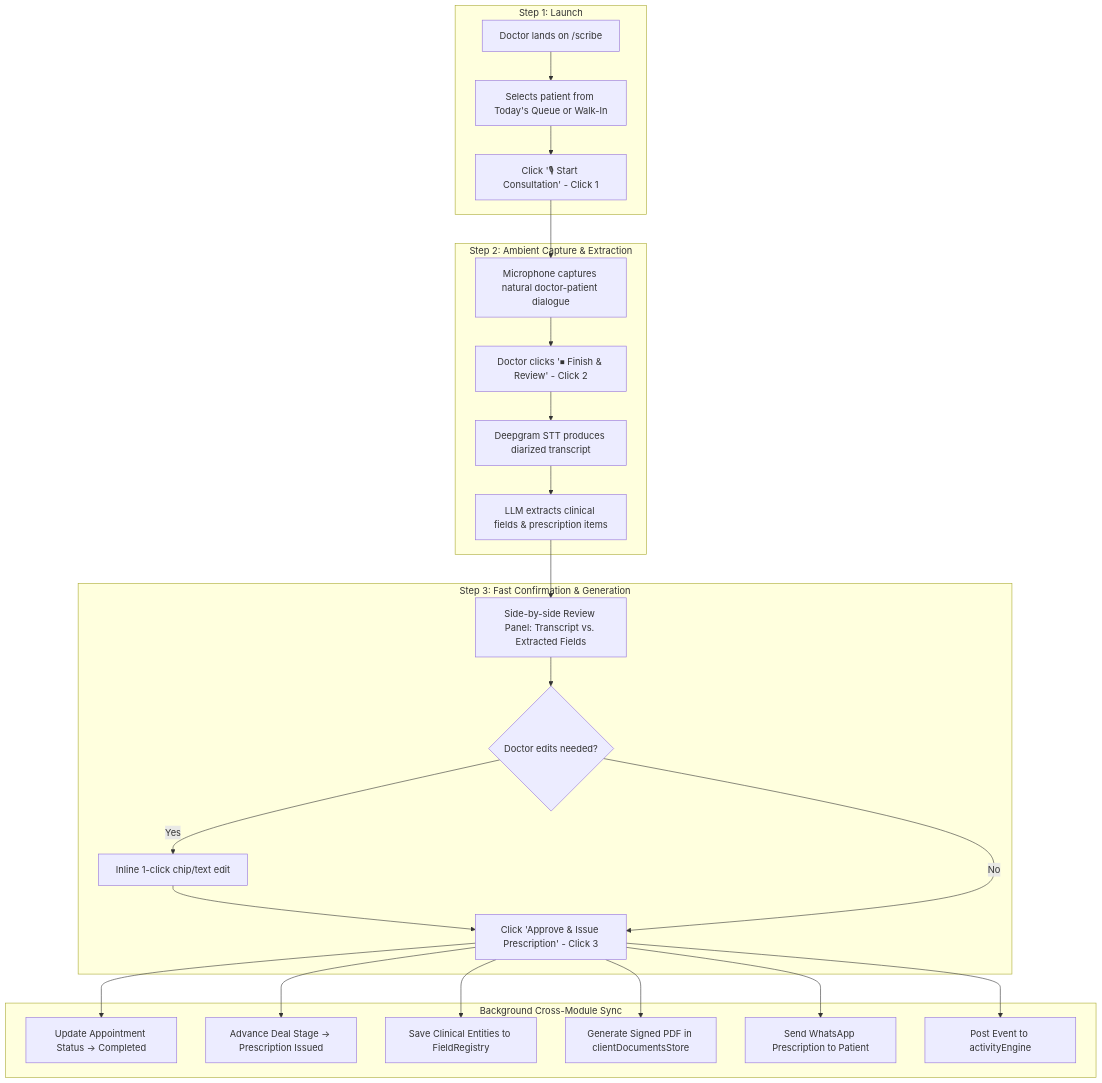
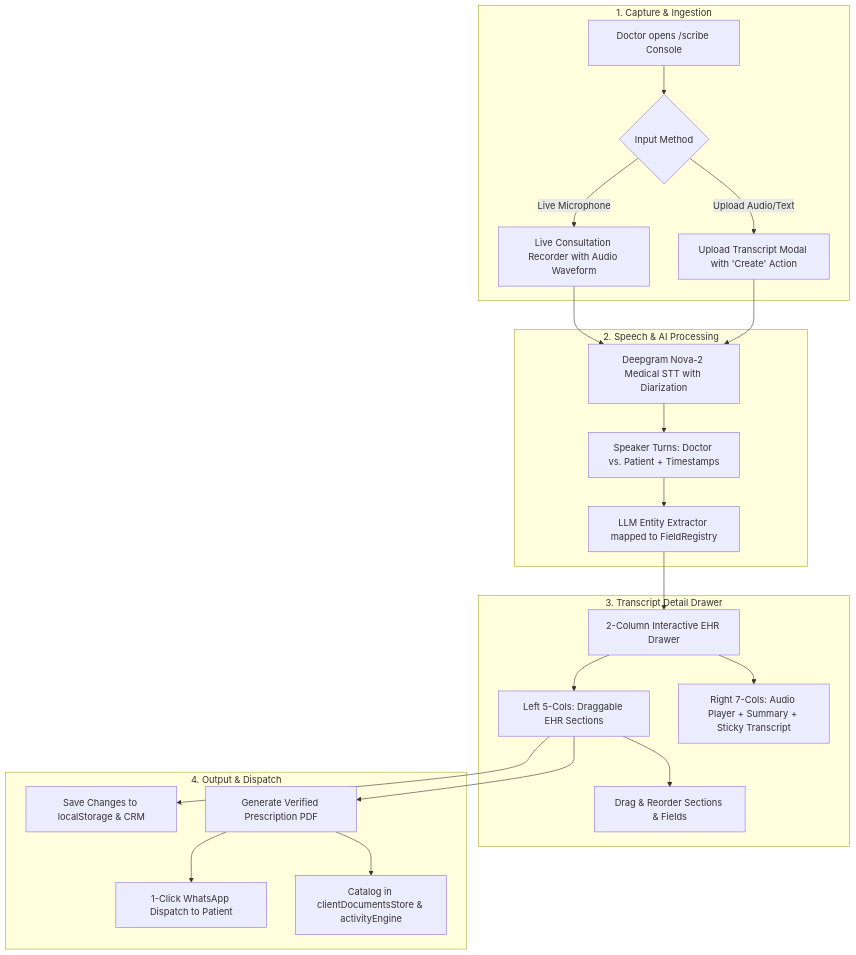
Before and after one commit to mantracare-product/ma-figma: the diagram in ai_scribe_prd.md, drawn with Mermaid. The commit also changed other lines of this file and 19 other files, not shown here.

Commit message:
Updated ai scribe flow

````diff
--- a/ai_scribe_prd.md
+++ b/ai_scribe_prd.md
@@ -117,30 +56,29 @@
 ```mermaid
 flowchart TD
-    subgraph Step 1: Launch
-        A[Doctor lands on /scribe] --> B[Selects patient from Today's Queue or Walk-In]
-        B --> C[Click '🎙 Start Consultation' - Click 1]
+    subgraph 1. Capture & Ingestion
+        A[Doctor opens /scribe Console] --> B{Input Method}
+        B -->|Live Microphone| C[Live Consultation Recorder with Audio Waveform]
+        B -->|Upload Audio/Text| D[Upload Transcript Modal with 'Create' Action]
     end
 
-    subgraph Step 2: Ambient Capture & Extraction
-        C --> D[Microphone captures natural doctor-patient dialogue]
-        D --> E[Doctor clicks '⏹ Finish & Review' - Click 2]
-        E --> F[Deepgram STT produces diarized transcript]
-        F --> G[LLM extracts clinical fields & prescription items]
+    subgraph 2. Speech & AI Processing
+        C --> E[Deepgram Nova-2 Medical STT with Diarization]
+        D --> E
+        E --> F[Speaker Turns: Doctor vs. Patient + Timestamps]
+        F --> G[LLM Entity Extractor mapped to FieldRegistry]
     end
 
-    subgraph Step 3: Fast Confirmation & Generation
-        G --> H[Side-by-side Review Panel: Transcript vs. Extracted Fields]
-        H --> I{Doctor edits needed?}
-        I -- Yes --> J[Inline 1-click chip/text edit] --> K
-        I -- No --> K[Click 'Approve & Issue Prescription' - Click 3]
+    subgraph 3. Transcript Detail Drawer
+        G --> H[2-Column Interactive EHR Drawer]
+        H --> LeftCol[Left 5-Cols: Draggable EHR Sections]
+        H --> RightCol[Right 7-Cols: Audio Player + Summary + Sticky Transcript]
+        LeftCol --> CustomDrag[Drag & Reorder Sections & Fields]
     end
 
-    subgraph Background Cross-Module Sync
-        K --> Sync1[Update Appointment Status -> Completed]
-        K --> Sync2[Advance Deal Stage -> Prescription Issued]
-        K --> Sync3[Save Clinical Entities to FieldRegistry]
-        K --> Sync4[Generate Signed PDF in clientDocumentsStore]
-        K --> Sync5[Send WhatsApp Prescription to Patient]
-        K --> Sync6[Post Event to activityEngine]
+    subgraph 4. Output & Dispatch
+        LeftCol --> I[Save Changes to localStorage & CRM]
+        LeftCol --> J[Generate Verified Prescription PDF]
+        J --> K[1-Click WhatsApp Dispatch to Patient]
+        J --> L[Catalog in clientDocumentsStore & activityEngine]
     end
 ```
````
